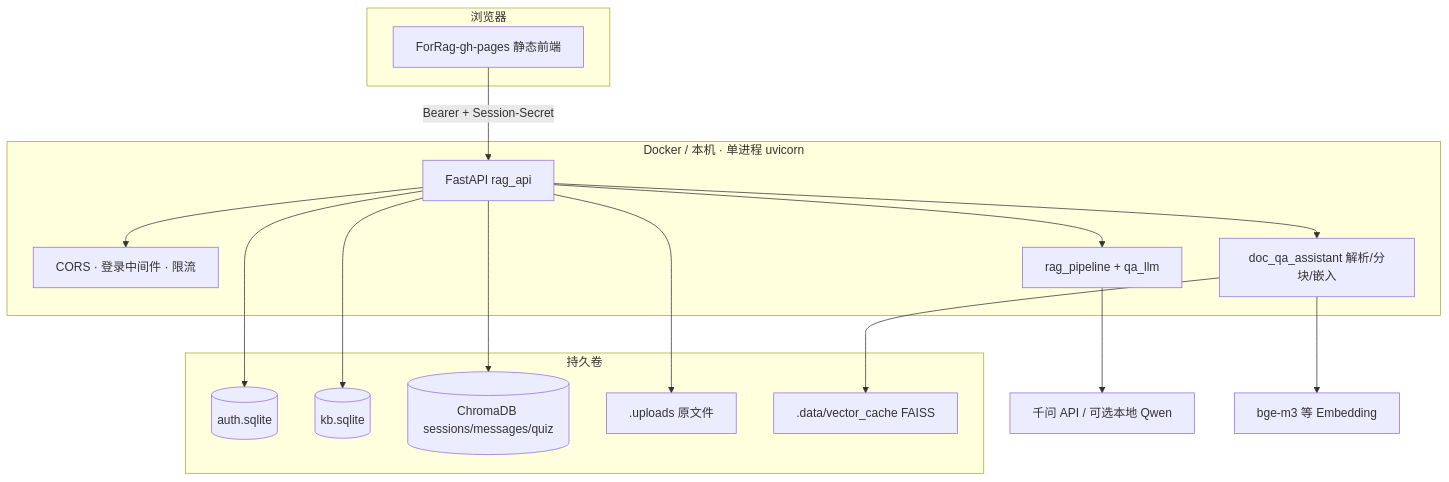
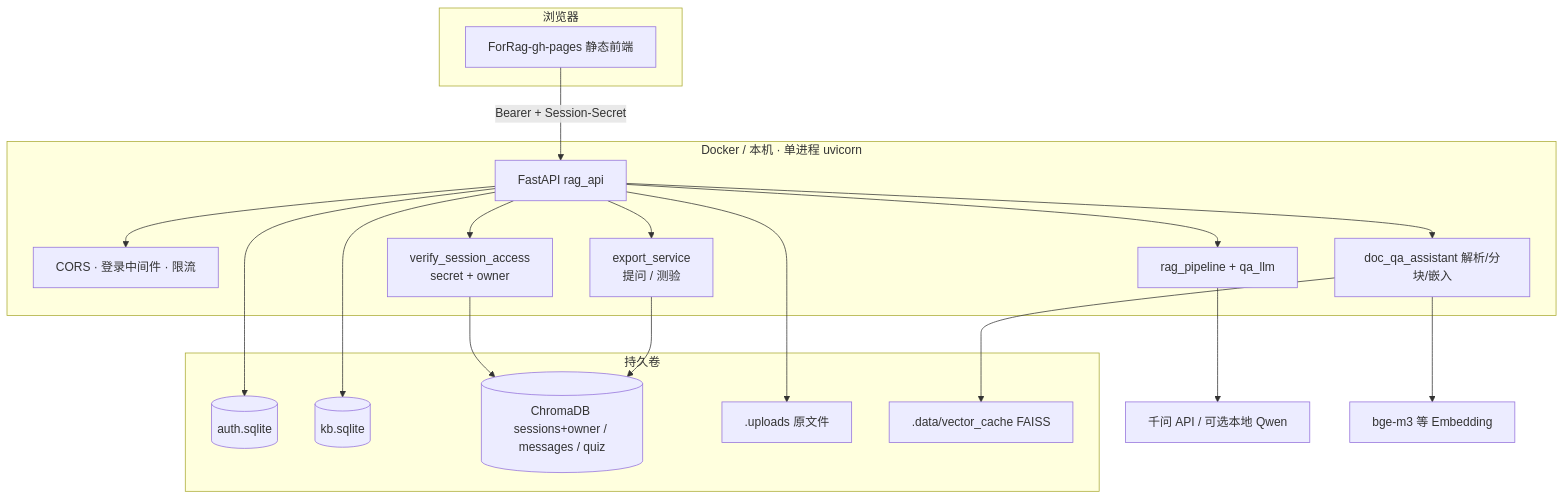
Before and after one commit to JinYue-star/ForRag: the second of 2 diagrams in docs/ForRAG_PRD.md, drawn with Mermaid. The commit also changed other lines of this file and 104 other files, not shown here.

````diff
--- a/docs/ForRAG_PRD.md
+++ b/docs/ForRAG_PRD.md
@@ -289,33 +313,38 @@
 ```mermaid
 flowchart TB
   subgraph clients [浏览器]
     FE[ForRag-gh-pages 静态前端]
   end
 
   subgraph app [Docker / 本机 · 单进程 uvicorn]
     API[FastAPI rag_api]
     MW[CORS · 登录中间件 · 限流]
+    GATE[verify_session_access<br/>secret + owner]
     QA[rag_pipeline + qa_llm]
     DOC[doc_qa_assistant 解析/分块/嵌入]
+    EXP[export_service<br/>提问 / 测验]
     API --> MW
+    API --> GATE
     API --> QA
     API --> DOC
+    API --> EXP
   end
 
   subgraph data [持久卷]
     AUTH[(auth.sqlite)]
     KB[(kb.sqlite)]
-    CH[(ChromaDB sessions/messages/quiz)]
+    CH[(ChromaDB sessions+owner / messages / quiz)]
     FS[.uploads 原文件]
     VC[.data/vector_cache FAISS]
   end
 
   FE -->|Bearer + Session-Secret| API
+  GATE --> CH
   API --> AUTH
   API --> KB
-  API --> CH
+  EXP --> CH
   API --> FS
   DOC --> VC
   QA --> LLM[千问 API / 可选本地 Qwen]
   DOC --> EMB[bge-m3 等 Embedding]
 ```
````
